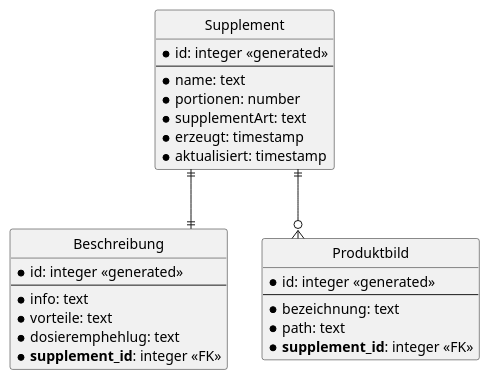
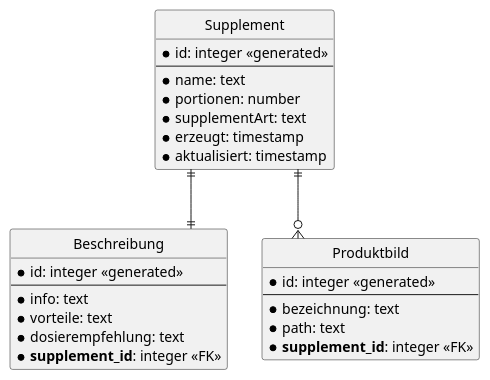
The diagram in .extras/doc/ER-Diagramm.plantuml (Swe-SS25/swe-abgabe1), drawn with PlantUML before and after one commit. The commit also changed 1 other file, not shown here.

```diff
--- a/.extras/doc/ER-Diagramm.plantuml
+++ b/.extras/doc/ER-Diagramm.plantuml
@@ -1,41 +1,41 @@
 @startuml ER Diagramm Supplement
 
 ' Preview durch <Alt>d
 
 ' hide the spot
 hide circle
 
 skinparam linetype ortho
 
 entity "Supplement" {
   * id: integer <<generated>>
   --
   * name: text
   * portionen: number
   * supplementArt: text
   * erzeugt: timestamp
   * aktualisiert: timestamp
 }
 
 entity "Beschreibung" {
   * id: integer <<generated>>
   --
   * info: text
   * vorteile: text
-  * dosieremphehlug: text
+  * dosierempfehlung: text
   * **supplement_id**: integer <<FK>>
 }
 
 entity "Produktbild" {
   * id: integer <<generated>>
   --
   * bezeichnung: text
   * path: text
   * **supplement_id**: integer <<FK>>
 }
 
 Supplement ||--|| Beschreibung
 Supplement ||--o{ Produktbild
 
 
 @enduml
```
